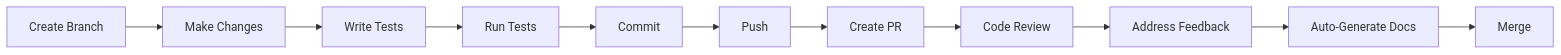
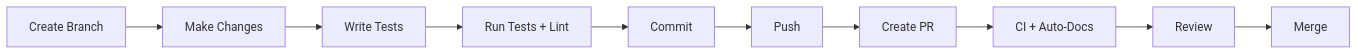
Before and after one commit to ausardcompany/alexi: the first of 2 diagrams in docs/CONTRIBUTING.md, drawn with Mermaid. The commit also changed other lines of this file and 6 other files, not shown here.

Commit message:
docs: auto-generate documentation [skip ci] [alexi-bot]

````diff
--- a/docs/CONTRIBUTING.md
+++ b/docs/CONTRIBUTING.md
@@ -84,13 +78,12 @@
 ```mermaid
 graph LR
     A[Create Branch] --> B[Make Changes]
     B --> C[Write Tests]
-    C --> D[Run Tests]
+    C --> D[Run Tests + Lint]
     D --> E[Commit]
     E --> F[Push]
     F --> G[Create PR]
-    G --> H[Code Review]
-    H --> I[Address Feedback]
-    I --> J[Auto-Generate Docs]
-    J --> K[Merge]
+    G --> H[CI + Auto-Docs]
+    H --> I[Review]
+    I --> J[Merge]
 ```
````
